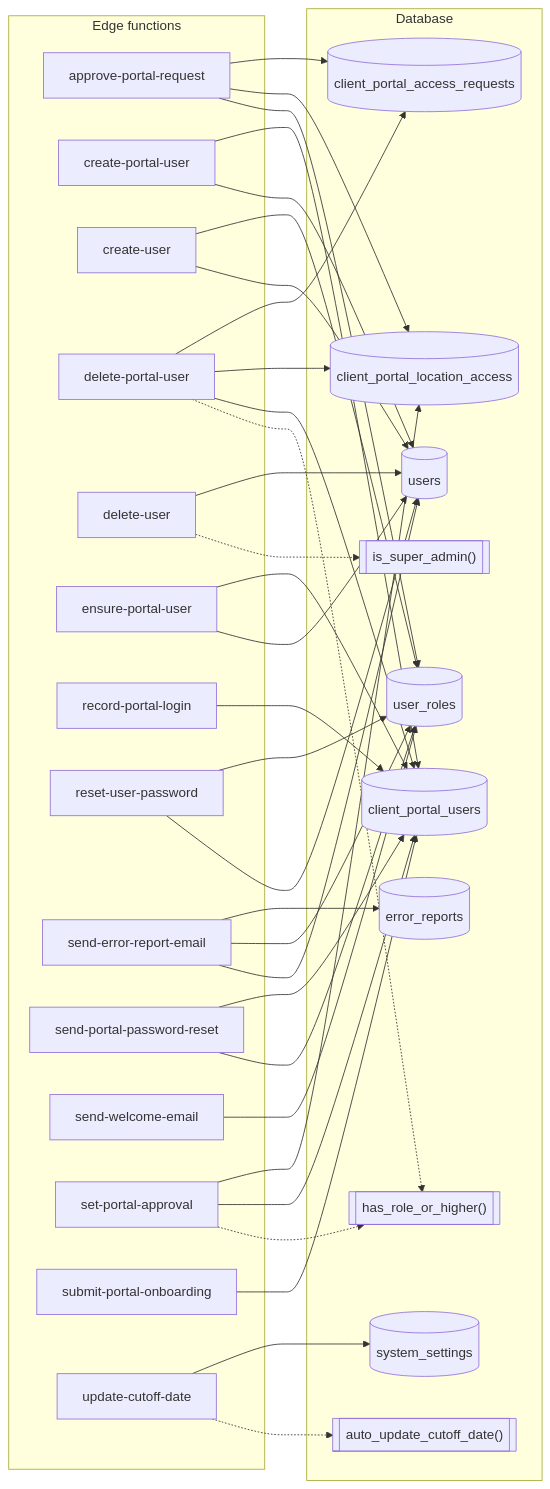
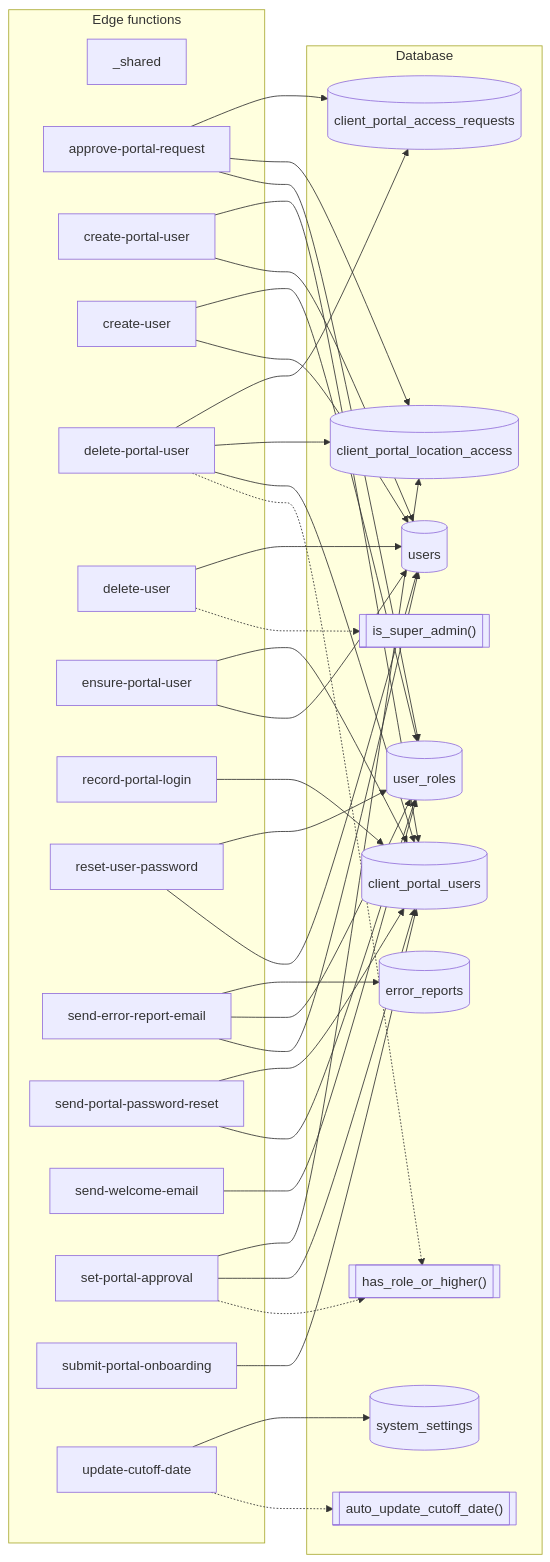
One commit to Jigglebox/washtrack changed the second of 2 diagrams in docs/schema/functions.md. Above: the diagram before and after it, drawn with Mermaid. The commit also changed other lines of this file and 60 other files, not shown here.

First line of the commit message:
schema-map: interactive plain-English explorer page

````diff
--- a/docs/schema/functions.md
+++ b/docs/schema/functions.md
@@ -121,61 +121,62 @@
 ```mermaid
 flowchart LR
   subgraph code["Edge functions"]
+    c__shared["_shared"]
     c_approve_portal_request["approve-portal-request"]
     c_create_portal_user["create-portal-user"]
     c_create_user["create-user"]
     c_delete_portal_user["delete-portal-user"]
     c_delete_user["delete-user"]
     c_ensure_portal_user["ensure-portal-user"]
     c_record_portal_login["record-portal-login"]
     c_reset_user_password["reset-user-password"]
     c_send_error_report_email["send-error-report-email"]
     c_send_portal_password_reset["send-portal-password-reset"]
     c_send_welcome_email["send-welcome-email"]
     c_set_portal_approval["set-portal-approval"]
     c_submit_portal_onboarding["submit-portal-onboarding"]
     c_update_cutoff_date["update-cutoff-date"]
   end
   subgraph db["Database"]
     t_client_portal_access_requests[("client_portal_access_requests")]
     t_client_portal_location_access[("client_portal_location_access")]
     t_client_portal_users[("client_portal_users")]
     t_error_reports[("error_reports")]
     t_system_settings[("system_settings")]
     t_user_roles[("user_roles")]
     t_users[("users")]
     f_auto_update_cutoff_date[["auto_update_cutoff_date()"]]
     f_has_role_or_higher[["has_role_or_higher()"]]
     f_is_super_admin[["is_super_admin()"]]
   end
   c_approve_portal_request --> t_client_portal_access_requests
   c_approve_portal_request --> t_client_portal_location_access
   c_approve_portal_request --> t_user_roles
   c_create_portal_user --> t_client_portal_users
   c_create_portal_user --> t_users
   c_create_user --> t_user_roles
   c_create_user --> t_users
   c_delete_portal_user --> t_client_portal_access_requests
   c_delete_portal_user --> t_client_portal_location_access
   c_delete_portal_user --> t_client_portal_users
   c_delete_portal_user -.-> f_has_role_or_higher
   c_delete_user --> t_users
   c_delete_user -.-> f_is_super_admin
   c_ensure_portal_user --> t_client_portal_users
   c_ensure_portal_user --> t_users
   c_record_portal_login --> t_client_portal_users
   c_reset_user_password --> t_user_roles
   c_reset_user_password --> t_users
   c_send_error_report_email --> t_error_reports
   c_send_error_report_email --> t_user_roles
   c_send_error_report_email --> t_users
   c_send_portal_password_reset --> t_client_portal_users
   c_send_portal_password_reset --> t_user_roles
   c_send_welcome_email --> t_user_roles
   c_set_portal_approval --> t_client_portal_location_access
   c_set_portal_approval --> t_client_portal_users
   c_set_portal_approval -.-> f_has_role_or_higher
   c_submit_portal_onboarding --> t_client_portal_users
   c_update_cutoff_date --> t_system_settings
   c_update_cutoff_date -.-> f_auto_update_cutoff_date
 ```
````
